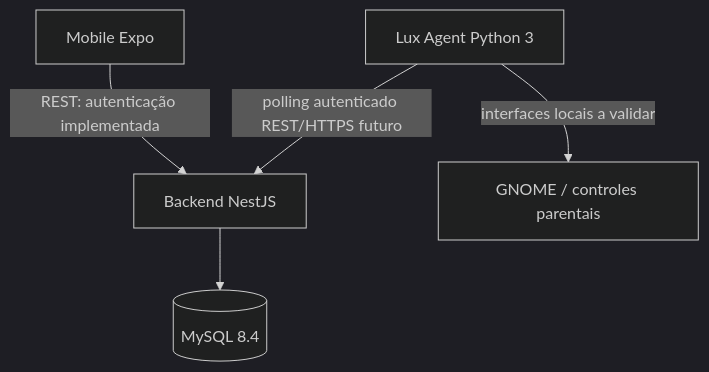
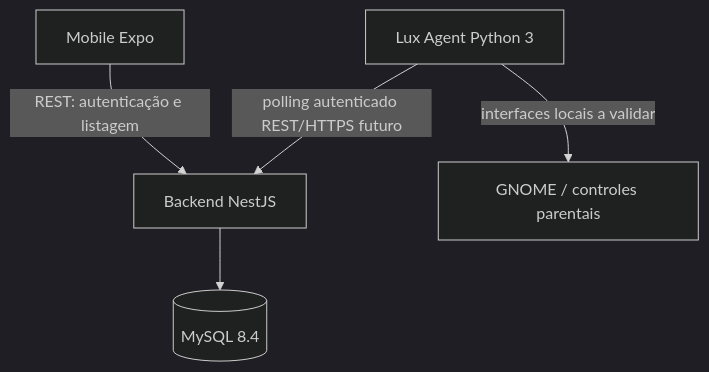
One commit to cfrans/Projeto-Integrador-FatecID-5Sem changed the diagram in docs/architecture.md. Above: the diagram before and after it, drawn with Mermaid (dark theme). The commit also changed other lines of this file and 11 other files, not shown here.

Commit message:
feat(mobile): connect devices screens to backend

````diff
--- a/docs/architecture.md
+++ b/docs/architecture.md
@@ -5,7 +5,7 @@
 ```mermaid
 flowchart TD
-    M[Mobile Expo] -->|REST: autenticação implementada| B[Backend NestJS]
+    M[Mobile Expo] -->|REST: autenticação e listagem| B[Backend NestJS]
     A[Lux Agent Python 3] -->|polling autenticado REST/HTTPS futuro| B[Backend NestJS]
     A -->|interfaces locais a validar| G[GNOME / controles parentais]
     B --> D[(MySQL 8.4)]
 ```
````
